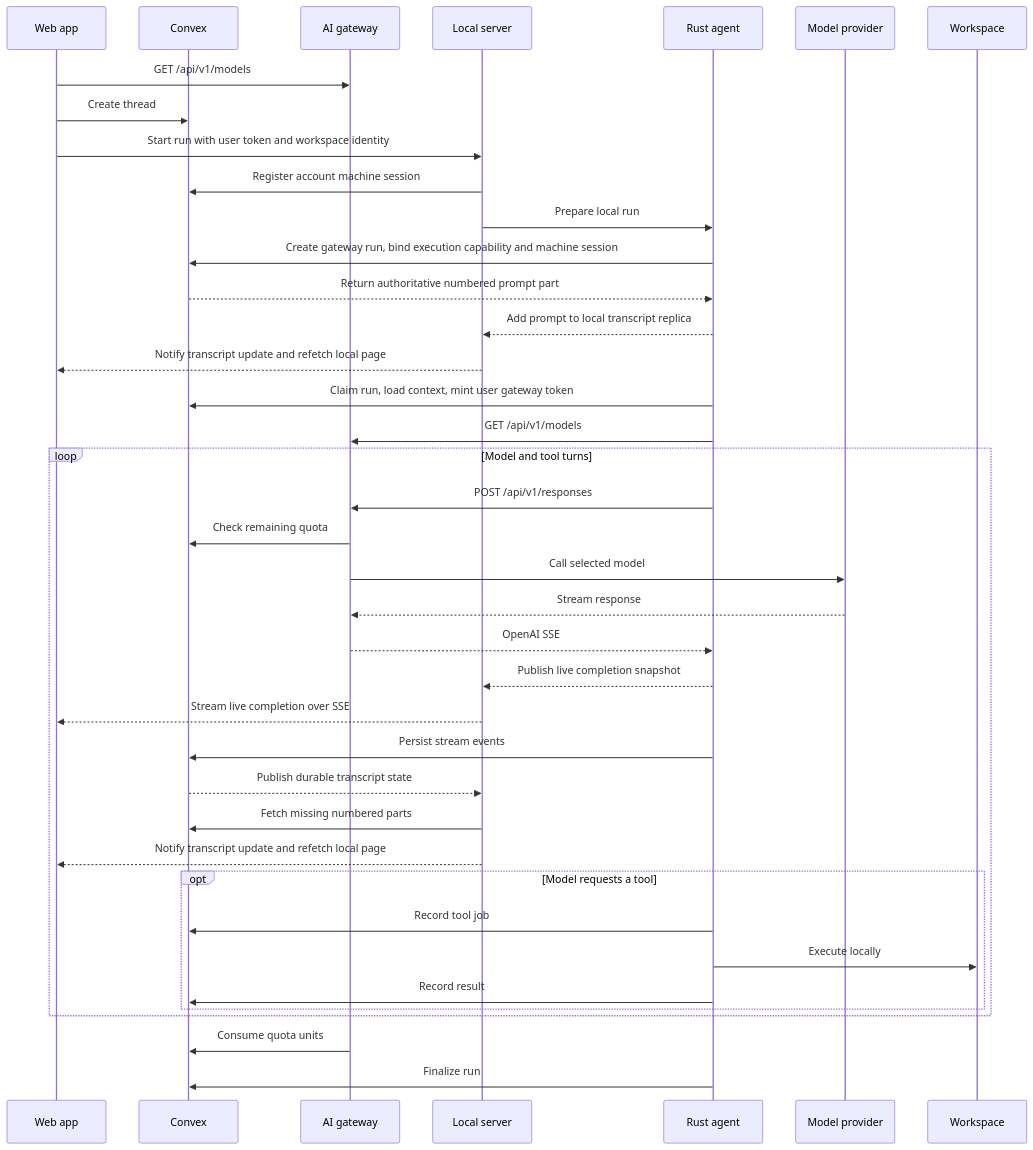
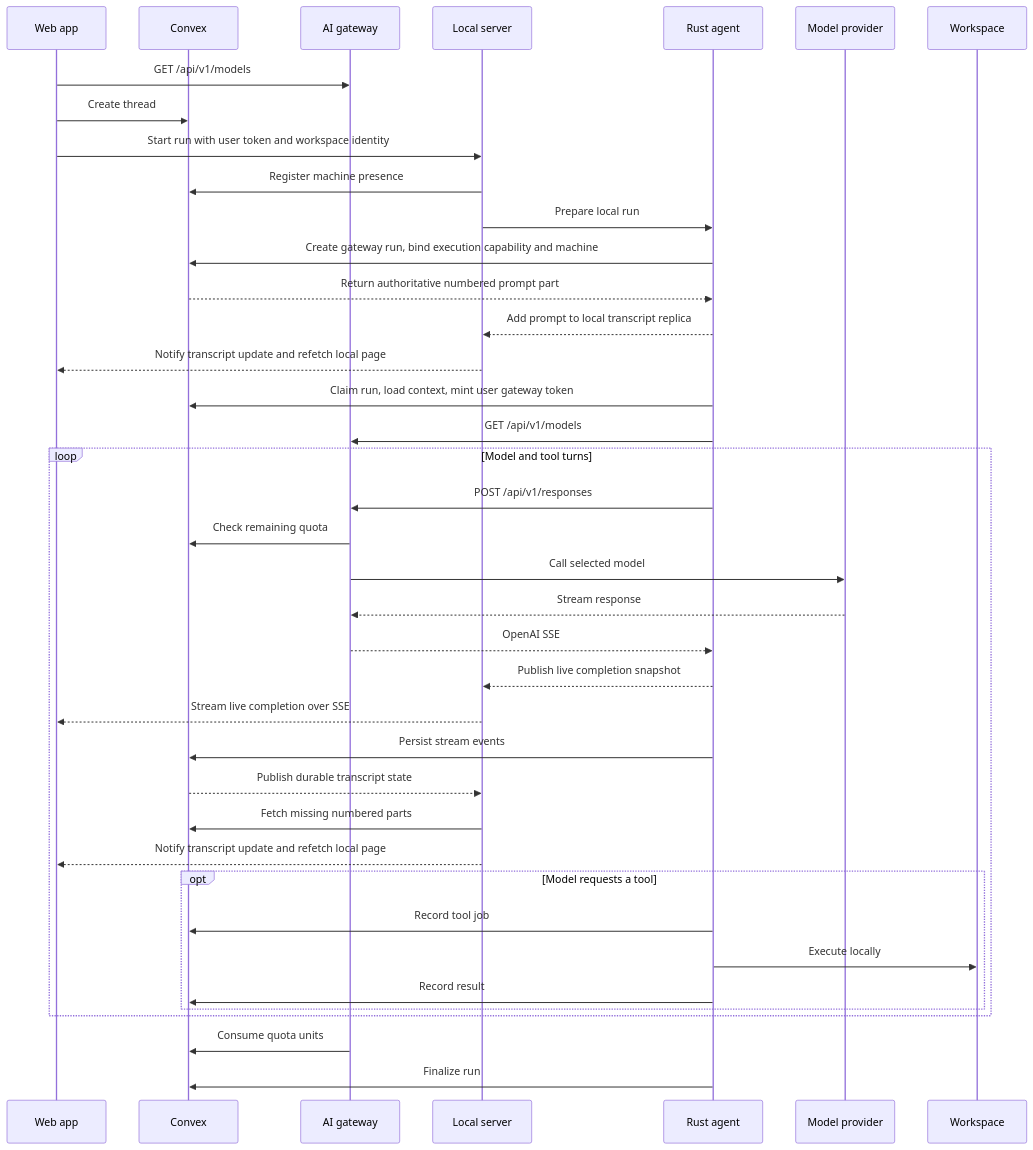
The second of 2 diagrams in ARCHITECTURE.md (spikonado/sprocket), drawn with Mermaid before and after one commit. The commit also changed other lines of this file and 23 other files, not shown here.

````diff
--- a/ARCHITECTURE.md
+++ b/ARCHITECTURE.md
@@ -133,42 +133,42 @@
 ```mermaid
 sequenceDiagram
     participant UI as Web app
     participant C as Convex
     participant G as AI gateway
     participant S as Local server
     participant A as Rust agent
     participant M as Model provider
     participant W as Workspace
 
     UI->>G: GET /api/v1/models
     UI->>C: Create thread
     UI->>S: Start run with user token and workspace identity
-    S->>C: Register account machine session
+    S->>C: Register machine presence
     S->>A: Prepare local run
-    A->>C: Create gateway run, bind execution capability and machine session
+    A->>C: Create gateway run, bind execution capability and machine
     C-->>A: Return authoritative numbered prompt part
     A-->>S: Add prompt to local transcript replica
     S-->>UI: Notify transcript update and refetch local page
     A->>C: Claim run, load context, mint user gateway token
     A->>G: GET /api/v1/models
     loop Model and tool turns
         A->>G: POST /api/v1/responses
         G->>C: Check remaining quota
         G->>M: Call selected model
         M-->>G: Stream response
         G-->>A: OpenAI SSE
         A-->>S: Publish live completion snapshot
         S-->>UI: Stream live completion over SSE
         A->>C: Persist stream events
         C-->>S: Publish durable transcript state
         S->>C: Fetch missing numbered parts
         S-->>UI: Notify transcript update and refetch local page
         opt Model requests a tool
             A->>C: Record tool job
             A->>W: Execute locally
             A->>C: Record result
         end
     end
     G->>C: Consume quota units
     A->>C: Finalize run
 ```
````
